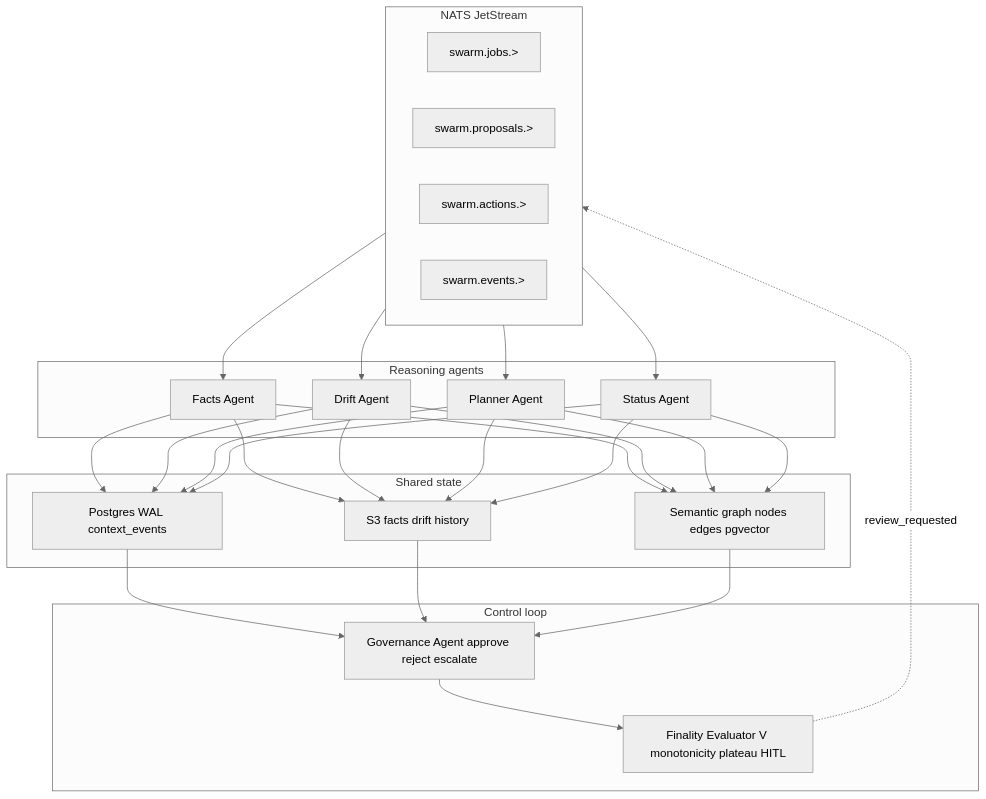
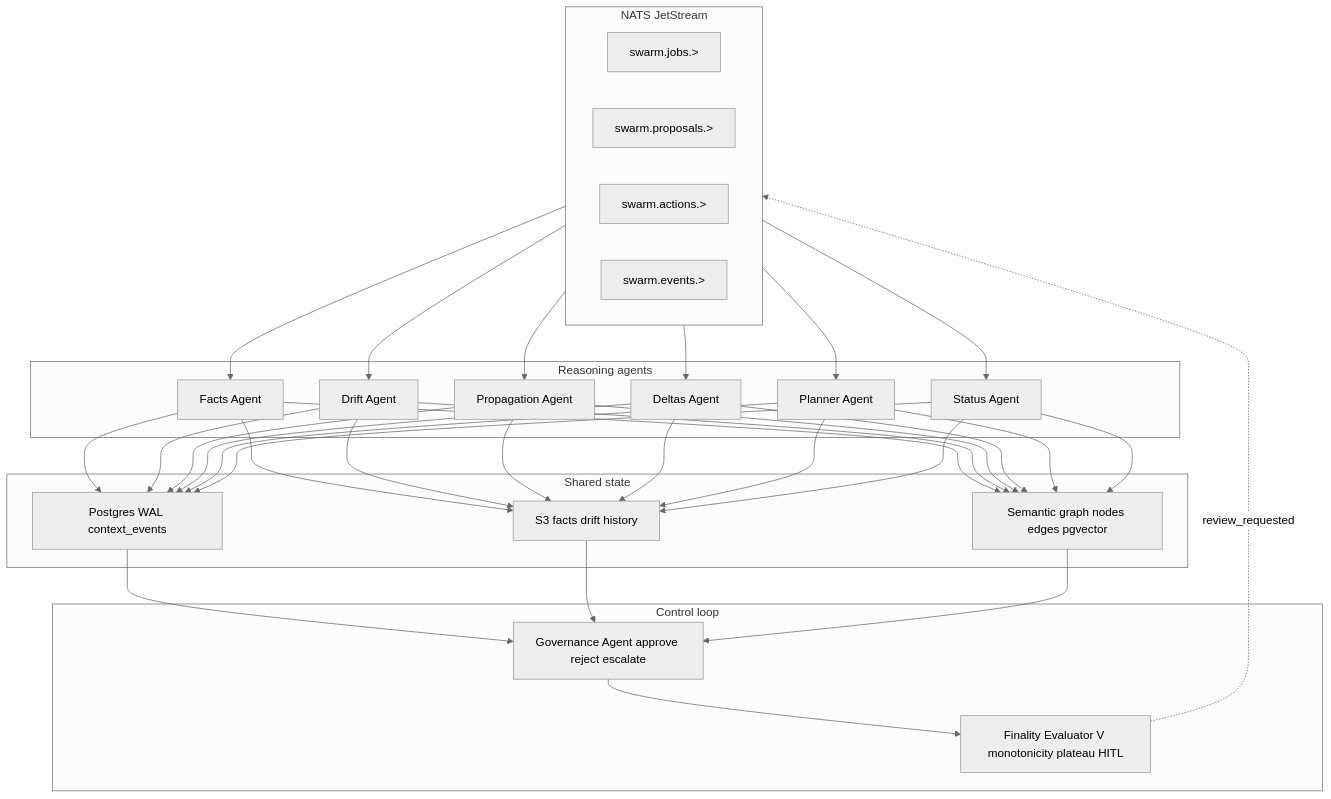
One commit to DealExMachina/open-governed-swarm-of-agents changed the first of 5 diagrams in docs/architecture.md. Above: the diagram before and after it, drawn with Mermaid (neutral theme). The commit also changed other lines of this file and 422 other files, not shown here.

````diff
--- a/docs/architecture.md
+++ b/docs/architecture.md
@@ -27,33 +28,35 @@
 ```mermaid
 flowchart TB
   subgraph NATS["NATS JetStream"]
     J[swarm.jobs.>]
     P[swarm.proposals.>]
     A[swarm.actions.>]
     E[swarm.events.>]
   end
 
   subgraph Agents["Reasoning agents"]
     FA[Facts Agent]
     DA[Drift Agent]
-    PA[Planner Agent]
+    PA[Propagation Agent]
+    DE[Deltas Agent]
+    PL[Planner Agent]
     SA[Status Agent]
   end
 
   subgraph Shared["Shared state"]
     WAL[Postgres WAL context_events]
     S3[S3 facts drift history]
     SG[Semantic graph nodes edges pgvector]
   end
 
   subgraph Control["Control loop"]
     GOV[Governance Agent approve reject escalate]
     FIN[Finality Evaluator V monotonicity plateau HITL]
   end
 
-  NATS --> FA & DA & PA & SA
-  FA & DA & PA & SA --> WAL & S3 & SG
+  NATS --> FA & DA & PA & DE & PL & SA
+  FA & DA & PA & DE & PL & SA --> WAL & S3 & SG
   WAL & S3 & SG --> GOV
   GOV --> FIN
   FIN -.->|review_requested| NATS
 ```
````
